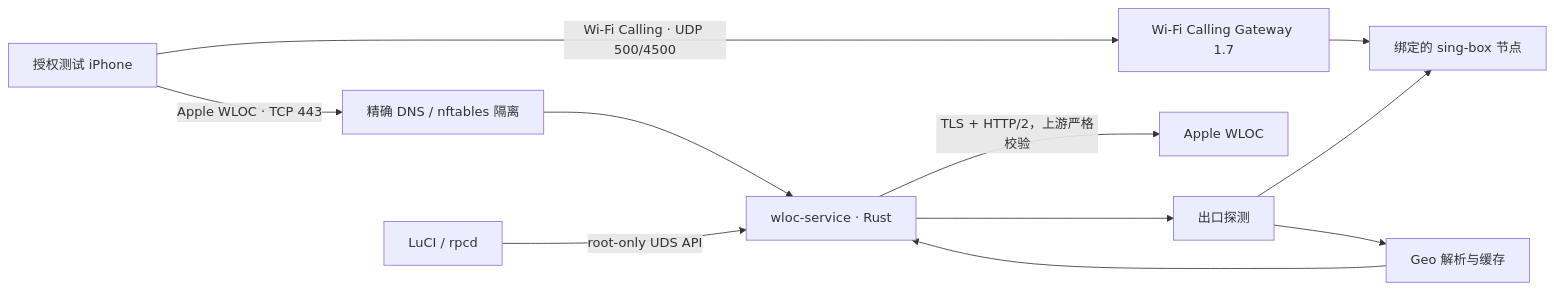
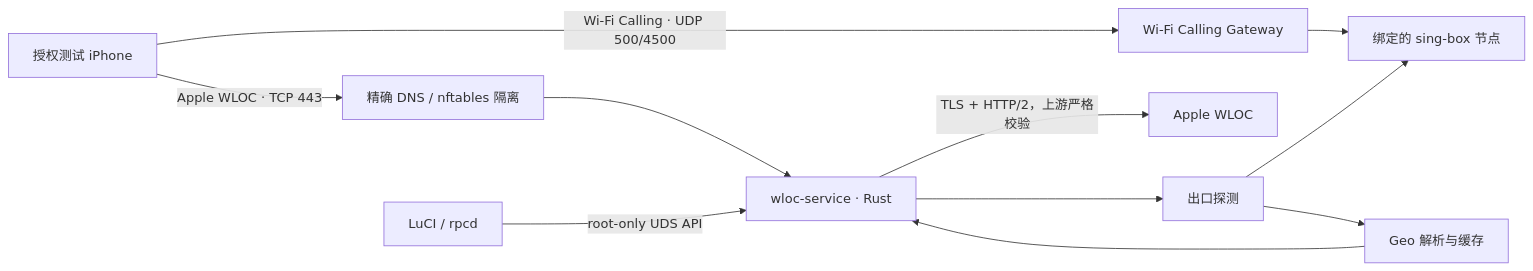
One commit to smthdagg/wificalling-location-gateway changed the third of 4 diagrams in README.md. Above: the diagram before and after it, drawn with Mermaid. The commit also changed other lines of this file and 7 other files, not shown here.

````diff
--- a/README.md
+++ b/README.md
@@ -355,13 +355,13 @@
 ```mermaid
 flowchart LR
-    I["授权测试 iPhone"] -->|"Wi‑Fi Calling · UDP 500/4500"| G["Wi‑Fi Calling Gateway 1.7"]
+    I["授权测试 iPhone"] -->|"Wi‑Fi Calling · UDP 500/4500"| G["Wi‑Fi Calling Gateway"]
     G --> N["绑定的 sing-box 节点"]
     I -->|"Apple WLOC · TCP 443"| D["精确 DNS / nftables 隔离"]
     D --> R["wloc-service · Rust"]
     R -->|"TLS + HTTP/2，上游严格校验"| A["Apple WLOC"]
     R --> P["出口探测"]
     P --> N
     P --> X["Geo 解析与缓存"]
     X --> R
     L["LuCI / rpcd"] -->|"root-only UDS API"| R
 ```
````
